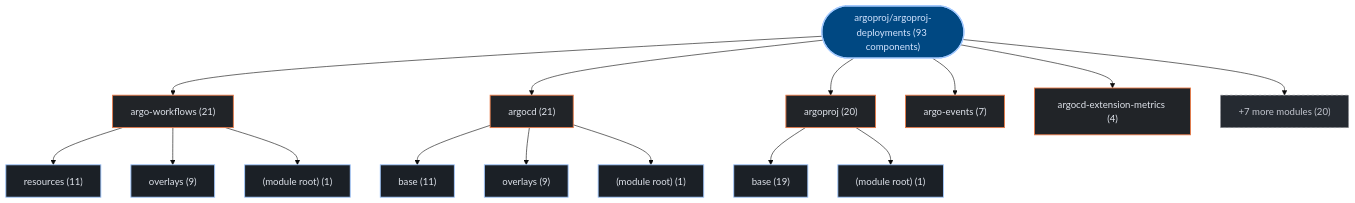
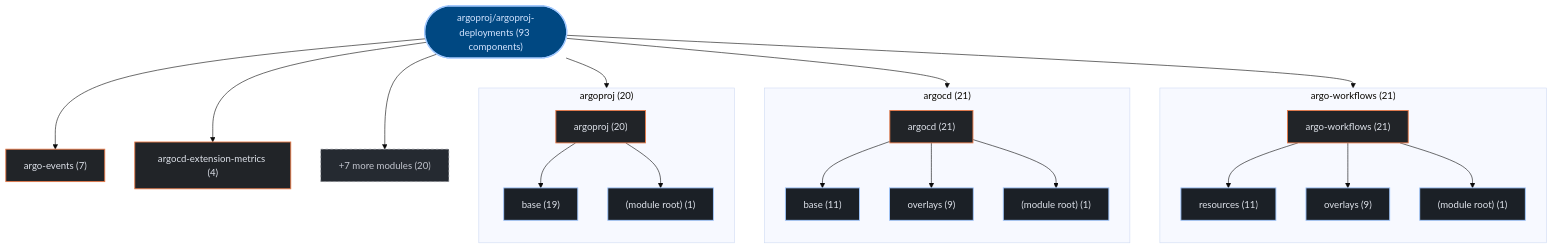
One commit to kumarshaz/atruss-code-atlas changed the first of 3 diagrams in exports/latest/reports/argoproj-argoproj-deployments-report.md. Above: the diagram before and after it, drawn with Mermaid (base theme). The commit also changed 178 other files, not shown here.

Commit message:
feat(ui,mermaid): upgrade to mermaid v12 + ELK layout, add orgs-summary + pagination, subgraph building blocks, fix tab alignment

````diff
--- a/exports/latest/reports/argoproj-argoproj-deployments-report.md
+++ b/exports/latest/reports/argoproj-argoproj-deployments-report.md
@@ -41,39 +41,48 @@
 ```mermaid
 graph TD;
   classDef atlasRoot fill:#004882,stroke:#a3c9ff,stroke-width:2px,color:#d3e4ff
   classDef atlasCategory fill:#212428,stroke:#E87A48,stroke-width:1.5px,color:#dfe3eb
   classDef atlasWorkflow fill:#1b2026,stroke:#a3c9ff,stroke-width:1.5px,color:#dfe3eb
   classDef atlasJob fill:#171c22,stroke:#8d9199,stroke-width:1px,color:#dfe3eb
   classDef atlasTarget fill:#005227,stroke:#8bd99b,stroke-width:1.5px,color:#a7f6b6
   classDef atlasAlert fill:#93000a,stroke:#ffb4ab,stroke-width:1.5px,color:#ffdad6
   classDef atlasMore fill:#252a31,stroke:#8d9199,stroke-dasharray:4 4,color:#c3c6cf
     repo_root(["argoproj/argoproj-deployments (93 components)"]):::atlasRoot
-    dir_0_argo_workflows["argo-workflows (21)"]:::atlasCategory
+    subgraph sg_dir_0_argo_workflows["argo-workflows (21)"]
+      direction TB
+      dir_0_argo_workflows["argo-workflows (21)"]:::atlasCategory
+      sub_0_0_resources["resources (11)"]:::atlasWorkflow
+      dir_0_argo_workflows --> sub_0_0_resources
+      sub_0_1_overlays["overlays (9)"]:::atlasWorkflow
+      dir_0_argo_workflows --> sub_0_1_overlays
+      sub_0_2__module_root_["(module root) (1)"]:::atlasWorkflow
+      dir_0_argo_workflows --> sub_0_2__module_root_
+    end
     repo_root --> dir_0_argo_workflows
-    sub_0_0_resources["resources (11)"]:::atlasWorkflow
-    dir_0_argo_workflows --> sub_0_0_resources
-    sub_0_1_overlays["overlays (9)"]:::atlasWorkflow
-    dir_0_argo_workflows --> sub_0_1_overlays
-    sub_0_2__module_root_["(module root) (1)"]:::atlasWorkflow
-    dir_0_argo_workflows --> sub_0_2__module_root_
-    dir_1_argocd["argocd (21)"]:::atlasCategory
+    subgraph sg_dir_1_argocd["argocd (21)"]
+      direction TB
+      dir_1_argocd["argocd (21)"]:::atlasCategory
+      sub_1_0_base["base (11)"]:::atlasWorkflow
+      dir_1_argocd --> sub_1_0_base
+      sub_1_1_overlays["overlays (9)"]:::atlasWorkflow
+      dir_1_argocd --> sub_1_1_overlays
+      sub_1_2__module_root_["(module root) (1)"]:::atlasWorkflow
+      dir_1_argocd --> sub_1_2__module_root_
+    end
     repo_root --> dir_1_argocd
-    sub_1_0_base["base (11)"]:::atlasWorkflow
-    dir_1_argocd --> sub_1_0_base
-    sub_1_1_overlays["overlays (9)"]:::atlasWorkflow
-    dir_1_argocd --> sub_1_1_overlays
-    sub_1_2__module_root_["(module root) (1)"]:::atlasWorkflow
-    dir_1_argocd --> sub_1_2__module_root_
-    dir_2_argoproj["argoproj (20)"]:::atlasCategory
+    subgraph sg_dir_2_argoproj["argoproj (20)"]
+      direction TB
+      dir_2_argoproj["argoproj (20)"]:::atlasCategory
+      sub_2_0_base["base (19)"]:::atlasWorkflow
+      dir_2_argoproj --> sub_2_0_base
+      sub_2_1__module_root_["(module root) (1)"]:::atlasWorkflow
+      dir_2_argoproj --> sub_2_1__module_root_
+    end
     repo_root --> dir_2_argoproj
-    sub_2_0_base["base (19)"]:::atlasWorkflow
-    dir_2_argoproj --> sub_2_0_base
-    sub_2_1__module_root_["(module root) (1)"]:::atlasWorkflow
-    dir_2_argoproj --> sub_2_1__module_root_
     dir_3_argo_events["argo-events (7)"]:::atlasCategory
     repo_root --> dir_3_argo_events
     dir_4_argocd_extension_metrics["argocd-extension-metrics (4)"]:::atlasCategory
     repo_root --> dir_4_argocd_extension_metrics
     dir_other_modules["+7 more modules (20)"]:::atlasMore
     repo_root --> dir_other_modules
 ```
````
